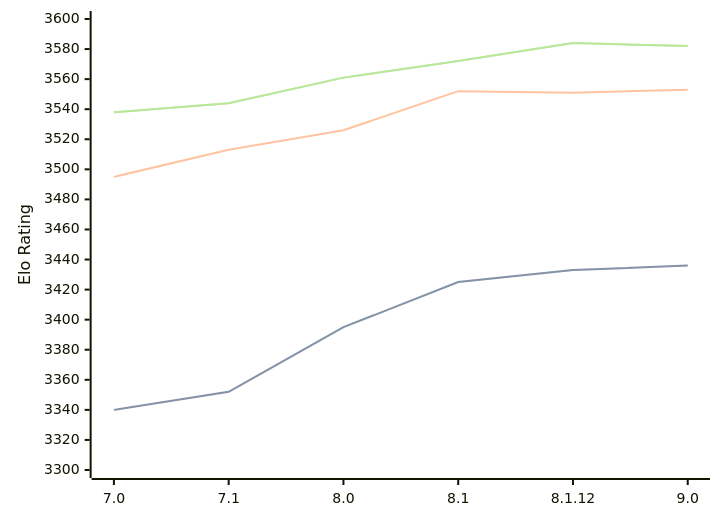
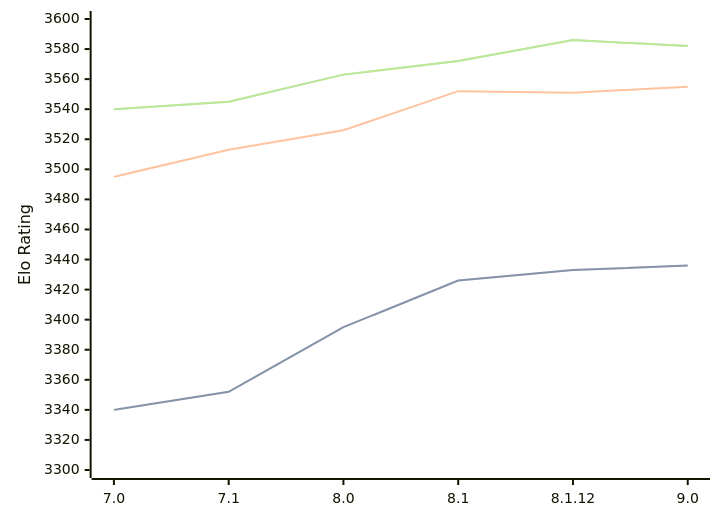
One commit to computer-chess-index/cci changed the diagram in engines/Alexandria.md. Above: the diagram before and after it, drawn with Mermaid. The commit also changed other lines of this file, not shown here.

Commit message:
Update CCI Ratings (ELO VLTC) - 2026-09-14

````diff
--- a/engines/Alexandria.md
+++ b/engines/Alexandria.md
@@ -36,11 +36,11 @@
 ```mermaid
 %%{init: {"theme":"base","themeVariables":{"seriesColors:['#a3a3a3','#222221','#faa371']}}}%%
 xychart-beta
   x-axis ["7.0", "7.1", "8.0", "8.1", "8.1.12", "9.0"]
   y-axis "Elo Rating" 3300 --> 3600
-  line "" [3340, 3352, 3395, 3425, 3433, 3436]
-  line "STC (8.0+0.08s)" [3340, 3352, 3395, 3425, 3433, 3436]
-  line "LTC (60.0+0.60s)" [3495, 3513, 3526, 3552, 3551, 3553]
-  line "" [3538, 3544, 3561, 3572, 3584, 3582]
-  line "VLTC (2m24s+1.12s)" [3538, 3544, 3561, 3572, 3584, 3582]
+  line "" [3340, 3352, 3395, 3426, 3433, 3436]
+  line "STC (8.0+0.08s)" [3340, 3352, 3395, 3426, 3433, 3436]
+  line "LTC (60.0+0.60s)" [3495, 3513, 3526, 3552, 3551, 3555]
+  line "" [3540, 3545, 3563, 3572, 3586, 3582]
+  line "VLTC (2m24s+1.12s)" [3540, 3545, 3563, 3572, 3586, 3582]
 ```
````
